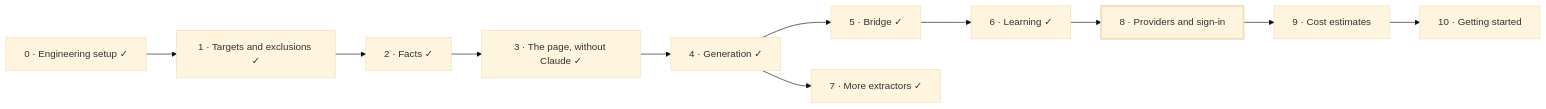
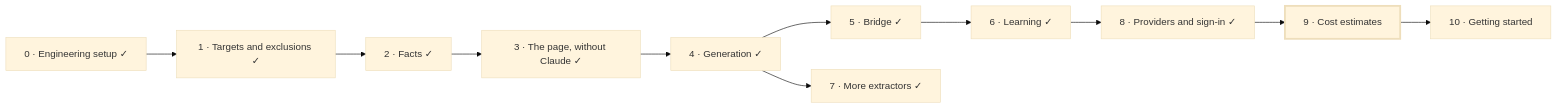
The sixth of 6 diagrams in README.md (mohamed-abdelsattar92/codetrail), drawn with Mermaid (base theme) before and after one commit. The commit also changed other lines of this file and 8 other files, not shown here.

````diff
--- a/README.md
+++ b/README.md
@@ -236,14 +236,14 @@
 ```mermaid
 flowchart LR
     P0["0 · Engineering setup ✓"] --> P1["1 · Targets and exclusions ✓"]
     P1 --> P2["2 · Facts ✓"]
     P2 --> P3["3 · The page, without Claude ✓"]
     P3 --> P4["4 · Generation ✓"]
     P4 --> P5["5 · Bridge ✓"]
     P5 --> P6["6 · Learning ✓"]
     P4 --> P7["7 · More extractors ✓"]
-    P6 --> P8["8 · Providers and sign-in"]:::next
-    P8 --> P9["9 · Cost estimates"]
+    P6 --> P8["8 · Providers and sign-in ✓"]
+    P8 --> P9["9 · Cost estimates"]:::next
     P9 --> P10["10 · Getting started"]
     classDef next stroke-width:3px
 ```
````
